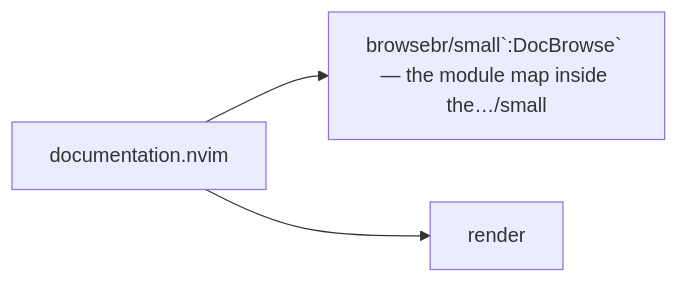
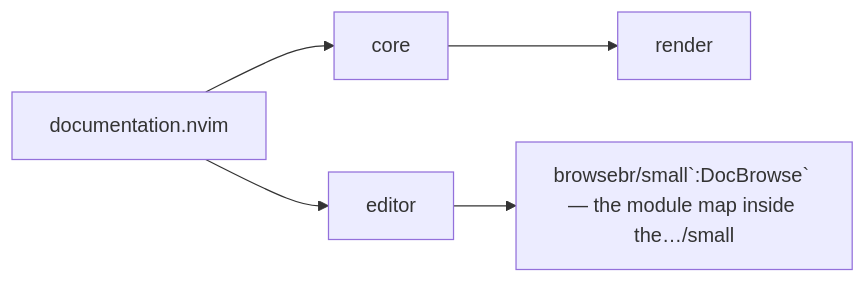
One commit to StefanBartl/documentation.nvim changed the first of 2 diagrams in docs/map/overview.md. Above: the diagram before and after it, drawn with Mermaid. The commit also changed other lines of this file and 85 other files, not shown here.

First line of the commit message:
refactor!: split into documentation.core / documentation.editor

````diff
--- a/docs/map/overview.md
+++ b/docs/map/overview.md
@@ -14,8 +14,12 @@
 ```mermaid
 flowchart LR
   nlua_documentation["documentation.nvim"]
-  nlua_documentation_browse["browsebr/small`:DocBrowse` — the module map inside the…/small"]
-  nlua_documentation_render["render"]
-  nlua_documentation --> nlua_documentation_browse
-  nlua_documentation --> nlua_documentation_render
+  nlua_documentation_core["core"]
+  nlua_documentation_core_render["render"]
+  nlua_documentation_editor["editor"]
+  nlua_documentation_editor_browse["browsebr/small`:DocBrowse` — the module map inside the…/small"]
+  nlua_documentation --> nlua_documentation_core
+  nlua_documentation_core --> nlua_documentation_core_render
+  nlua_documentation --> nlua_documentation_editor
+  nlua_documentation_editor --> nlua_documentation_editor_browse
 ```
````
